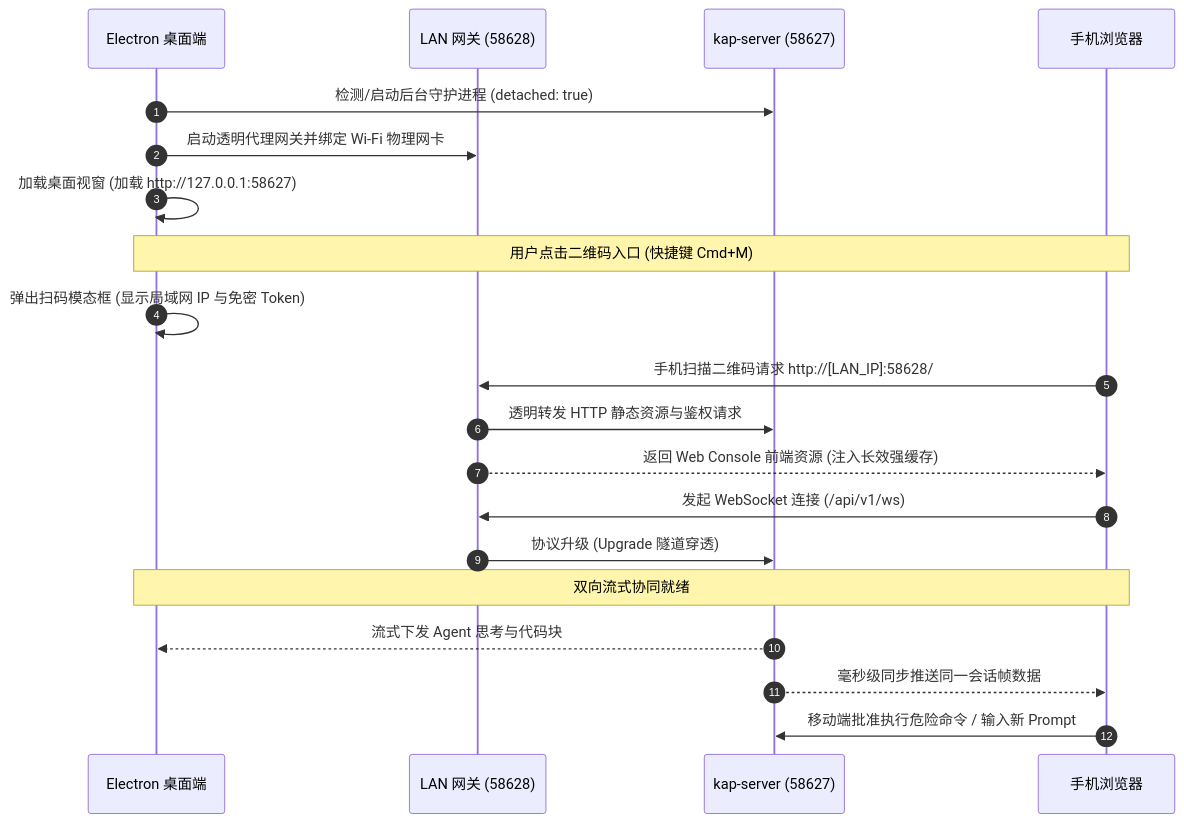
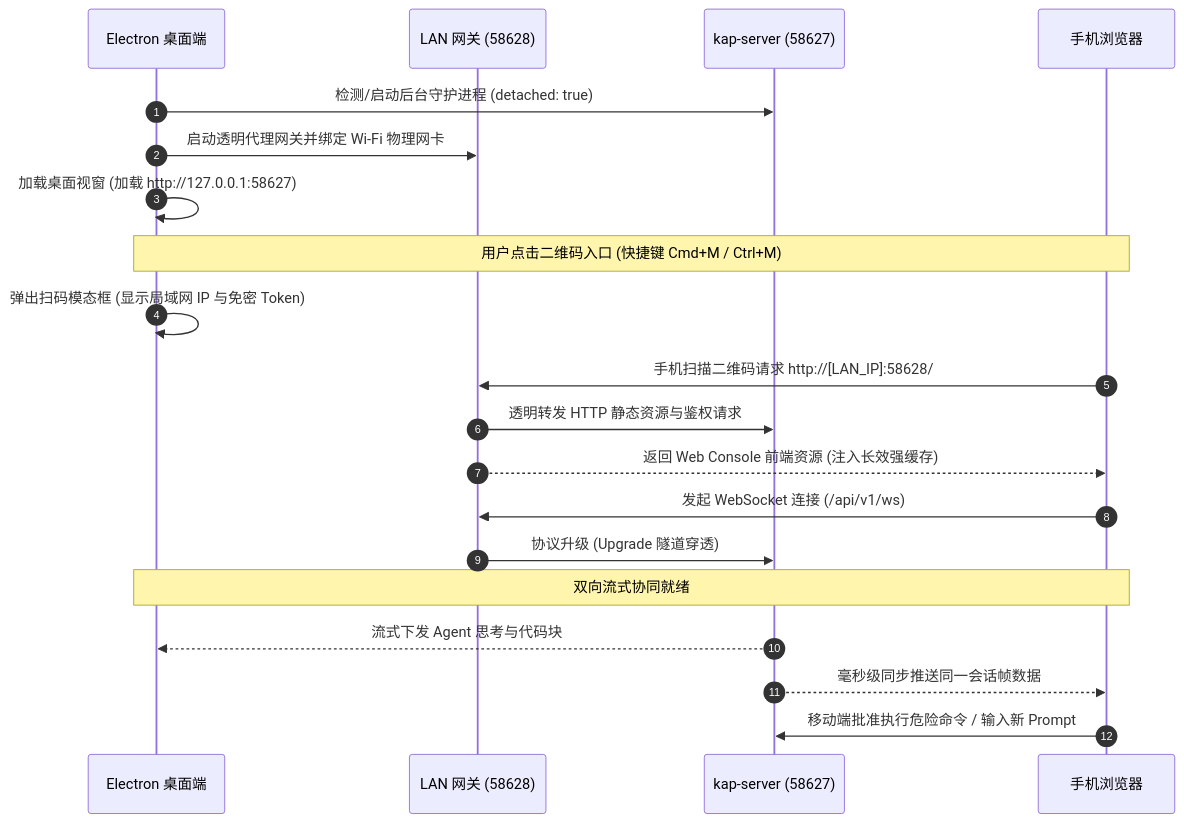
The diagram in README.md (laoniubia/kimi-code-desktop), drawn with Mermaid before and after one commit. The commit also changed other lines of this file and 7 other files, not shown here.

````diff
--- a/README.md
+++ b/README.md
@@ -108,25 +110,25 @@
 ```mermaid
 sequenceDiagram
     autonumber
     participant App as Electron 桌面端
     participant Gateway as LAN 网关 (58628)
     participant Core as kap-server (58627)
     participant Phone as 手机浏览器
 
     App->>Core: 检测/启动后台守护进程 (detached: true)
     App->>Gateway: 启动透明代理网关并绑定 Wi-Fi 物理网卡
     App->>App: 加载桌面视窗 (加载 http://127.0.0.1:58627)
     
-    Note over App,Phone: 用户点击二维码入口 (快捷键 Cmd+M)
+    Note over App,Phone: 用户点击二维码入口 (快捷键 Cmd+M / Ctrl+M)
     App->>App: 弹出扫码模态框 (显示局域网 IP 与免密 Token)
     Phone->>Gateway: 手机扫描二维码请求 http://[LAN_IP]:58628/#token=...
     Gateway->>Core: 透明转发 HTTP 静态资源与鉴权请求
     Gateway-->>Phone: 返回 Web Console 前端资源 (注入长效强缓存)
     Phone->>Gateway: 发起 WebSocket 连接 (/api/v1/ws)
     Gateway->>Core: 协议升级 (Upgrade 隧道穿透)
     
     Note over App,Phone: 双向流式协同就绪
     Core-->>App: 流式下发 Agent 思考与代码块
     Core-->>Phone: 毫秒级同步推送同一会话帧数据
     Phone->>Core: 移动端批准执行危险命令 / 输入新 Prompt
 ```
````
